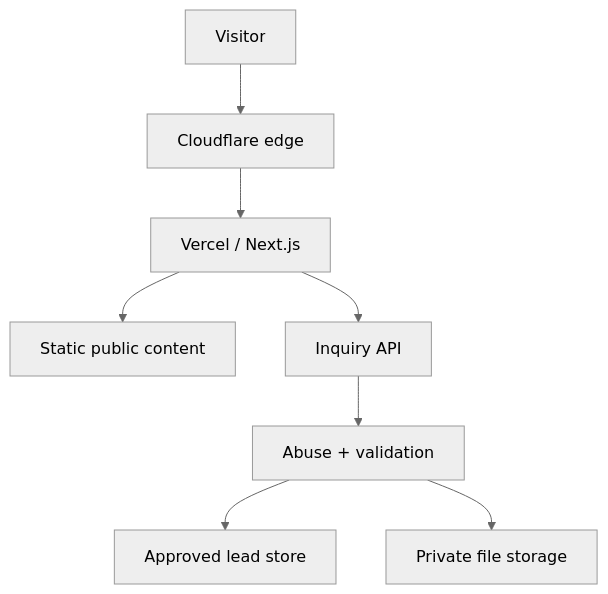
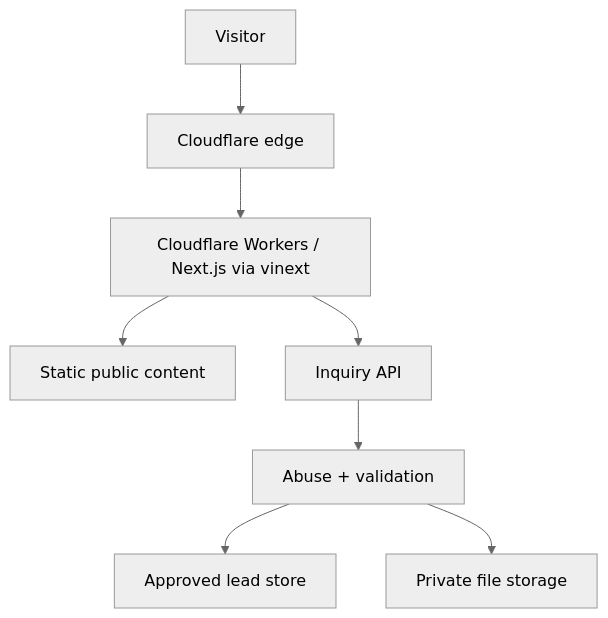
The first of 2 diagrams in 01-sources/SECURITY_GUIDELINES.md (rezachidotnet/ahanassa-website), drawn with Mermaid (neutral theme) before and after one commit. The commit also changed other lines of this file and 24 other files, not shown here.

````diff
--- a/01-sources/SECURITY_GUIDELINES.md
+++ b/01-sources/SECURITY_GUIDELINES.md
@@ -149,10 +149,10 @@
 ```mermaid
 flowchart TD
     U["Visitor"] --> E["Cloudflare edge"]
-    E --> W["Vercel / Next.js"]
+    E --> W["Cloudflare Workers / Next.js via vinext"]
     W --> P["Static public content"]
     W --> I["Inquiry API"]
     I --> A["Abuse + validation"]
     A --> L["Approved lead store"]
     A --> S["Private file storage"]
 ```
````
